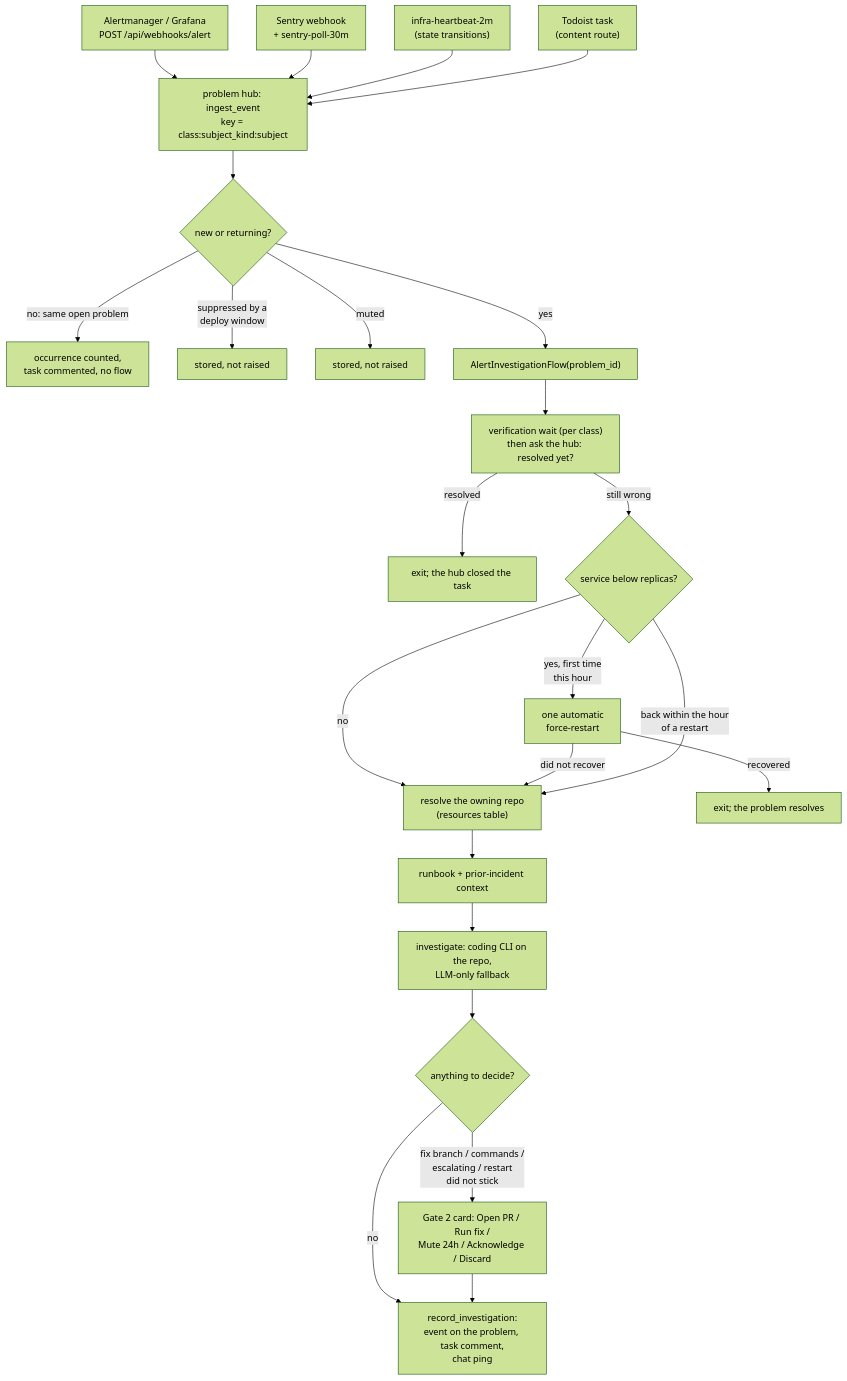
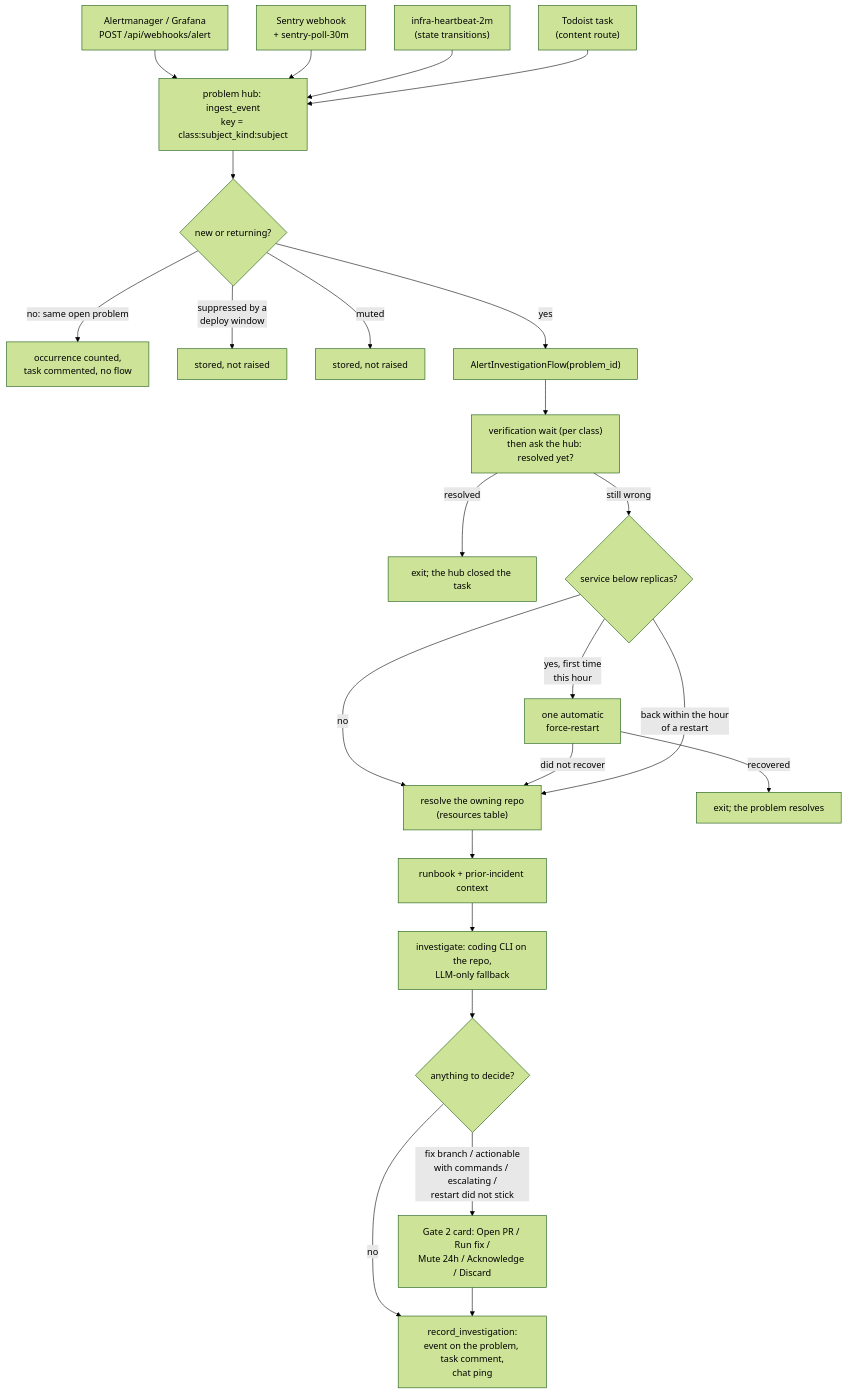
Before and after one commit to hikmahtech/aegis: the second of 2 diagrams in docs/how-it-works.md, drawn with Mermaid (forest theme). The commit also changed other lines of this file and 2 other files, not shown here.

Commit message:
docs(alerts): proposed commands earn a card only on an actionable verdict

````diff
--- a/docs/how-it-works.md
+++ b/docs/how-it-works.md
@@ -481,26 +481,26 @@
 ```mermaid
 flowchart TD
     AM["Alertmanager / Grafana<br/>POST /api/webhooks/alert"] --> HUB
     SN["Sentry webhook<br/>+ sentry-poll-30m"] --> HUB
     HB["infra-heartbeat-2m<br/>(state transitions)"] --> HUB
     TT["Todoist task<br/>(content route)"] --> HUB
     HUB["problem hub: ingest_event<br/>key = class:subject_kind:subject"] --> DEC{"new or returning?"}
     DEC -- "no: same open problem" --> X2["occurrence counted,<br/>task commented, no flow"]
     DEC -- "suppressed by a<br/>deploy window" --> X3["stored, not raised"]
     DEC -- "muted" --> X4["stored, not raised"]
     DEC -- yes --> AI["AlertInvestigationFlow(problem_id)"]
     AI --> VD["verification wait (per class)<br/>then ask the hub: resolved yet?"]
     VD -- resolved --> X5["exit; the hub closed the task"]
     VD -- "still wrong" --> RS{"service below replicas?"}
     RS -- "no" --> RR["resolve the owning repo<br/>(resources table)"]
     RS -- "yes, first time<br/>this hour" --> FR["one automatic<br/>force-restart"]
     FR -- recovered --> X6["exit; the problem resolves"]
     FR -- "did not recover" --> RR
     RS -- "back within the hour<br/>of a restart" --> RR
     RR --> KC["runbook + prior-incident context"]
     KC --> IV["investigate: coding CLI on the repo,<br/>LLM-only fallback"]
     IV --> VE{"anything to decide?"}
     VE -- "no" --> NO["record_investigation:<br/>event on the problem, task comment,<br/>chat ping"]
-    VE -- "fix branch / commands /<br/>escalating / restart<br/>did not stick" --> G2["Gate 2 card: Open PR / Run fix /<br/>Mute 24h / Acknowledge / Discard"]
+    VE -- "fix branch / actionable<br/>with commands / escalating /<br/>restart did not stick" --> G2["Gate 2 card: Open PR / Run fix /<br/>Mute 24h / Acknowledge / Discard"]
     G2 --> NO
 ```
````
